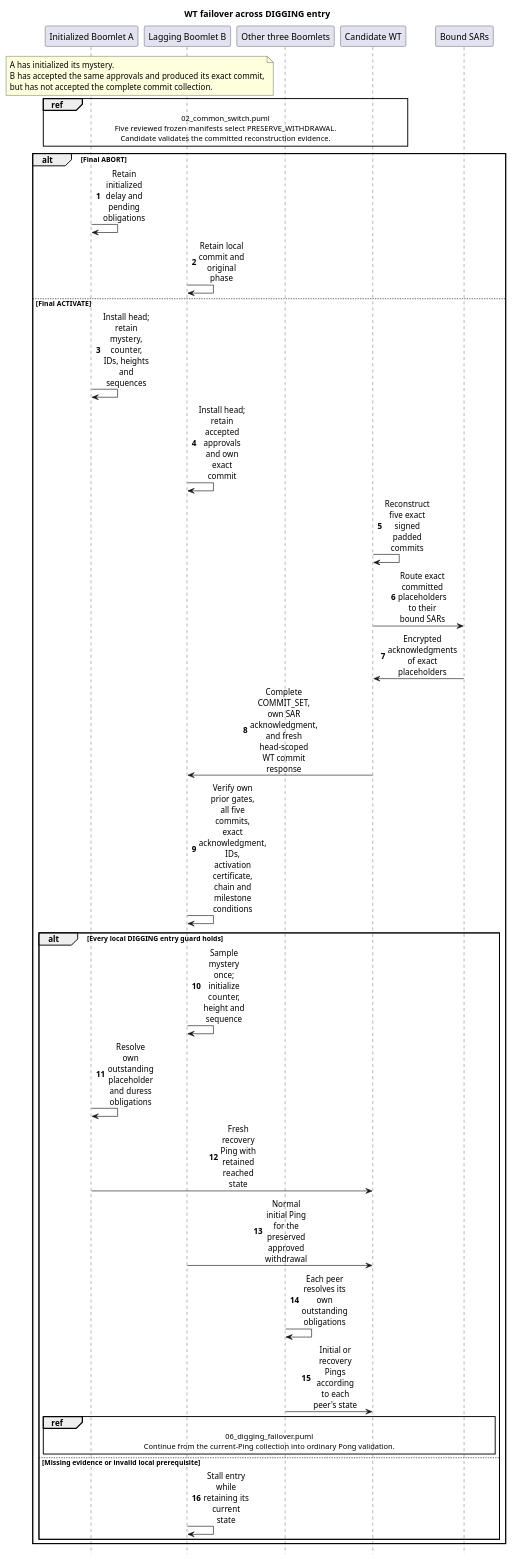
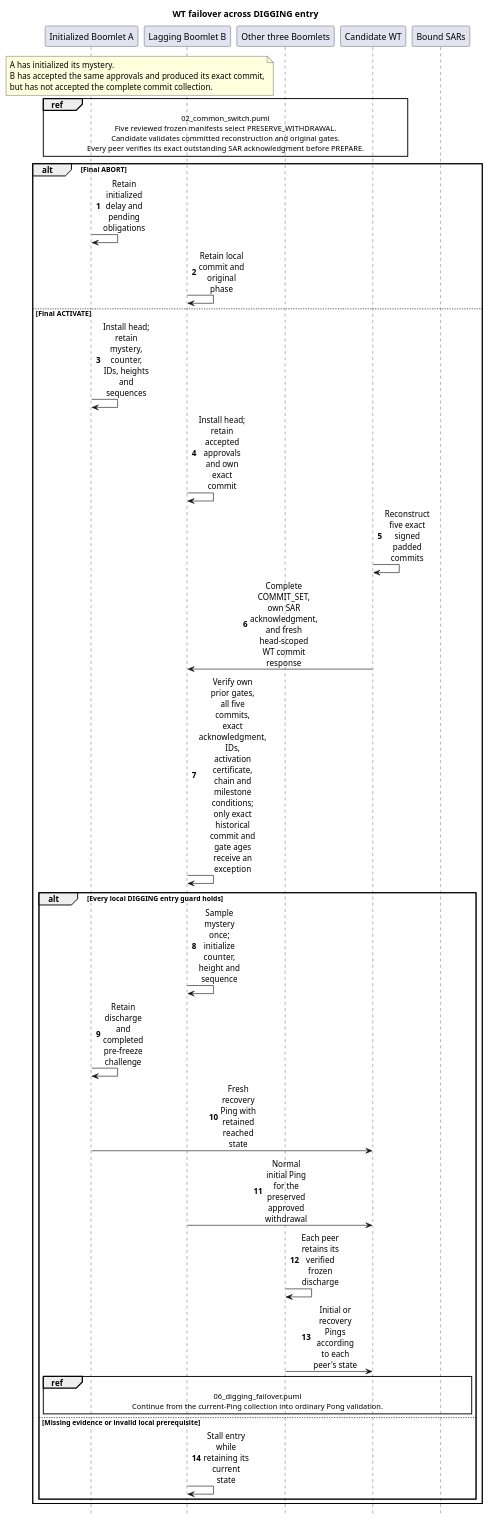
Before and after one commit to cogwheel26/boomerang_design: the diagram in wt_failover/05_mixed_digging_failover.puml, drawn with PlantUML. The commit also changed 10 other files, not shown here.

```diff
--- a/wt_failover/05_mixed_digging_failover.puml
+++ b/wt_failover/05_mixed_digging_failover.puml
@@ -1,51 +1,50 @@
 @startuml wt_mixed_digging_failover
 title WT failover across DIGGING entry
 hide footbox
 autonumber
 skinparam sequenceMessageAlign center
 skinparam maxMessageSize 75
 participant "Initialized Boomlet A" as A
 participant "Lagging Boomlet B" as B
 participant "Other three Boomlets" as P
 participant "Candidate WT" as C
 participant "Bound SARs" as S
 
 note over A,B
   A has initialized its mystery.
   B has accepted the same approvals and produced its exact commit,
   but has not accepted the complete commit collection.
 end note
 
 ref over A,C
   02_common_switch.puml
   Five reviewed frozen manifests select PRESERVE_WITHDRAWAL.
-  Candidate validates the committed reconstruction evidence.
+  Candidate validates committed reconstruction and original gates.
+  Every peer verifies its exact outstanding SAR acknowledgment before PREPARE.
 end ref
 
 alt Final ABORT
   A -> A: Retain initialized delay and pending obligations
   B -> B: Retain local commit and original phase
 else Final ACTIVATE
   A -> A: Install head; retain mystery, counter, IDs, heights and sequences
   B -> B: Install head; retain accepted approvals and own exact commit
   C -> C: Reconstruct five exact signed padded commits
-  C -> S: Route exact committed placeholders to their bound SARs
-  S -> C: Encrypted acknowledgments of exact placeholders
   C -> B: Complete COMMIT_SET, own SAR acknowledgment,\nand fresh head-scoped WT commit response
-  B -> B: Verify own prior gates, all five commits, exact acknowledgment,\nIDs, activation certificate, chain and milestone conditions
+  B -> B: Verify own prior gates, all five commits, exact acknowledgment,\nIDs, activation certificate, chain and milestone conditions;\nonly exact historical commit and gate ages receive an exception
   alt Every local DIGGING entry guard holds
     B -> B: Sample mystery once; initialize counter, height and sequence
-    A -> A: Resolve own outstanding placeholder and duress obligations
+    A -> A: Retain discharge and completed pre-freeze challenge
     A -> C: Fresh recovery Ping with retained reached state
     B -> C: Normal initial Ping for the preserved approved withdrawal
-    P -> P: Each peer resolves its own outstanding obligations
+    P -> P: Each peer retains its verified frozen discharge
     P -> C: Initial or recovery Pings according to each peer's state
     ref over A,S
       06_digging_failover.puml
       Continue from the current-Ping collection into ordinary Pong validation.
     end ref
   else Missing evidence or invalid local prerequisite
     B -> B: Stall entry while retaining its current state
   end
 end
 @enduml
```
